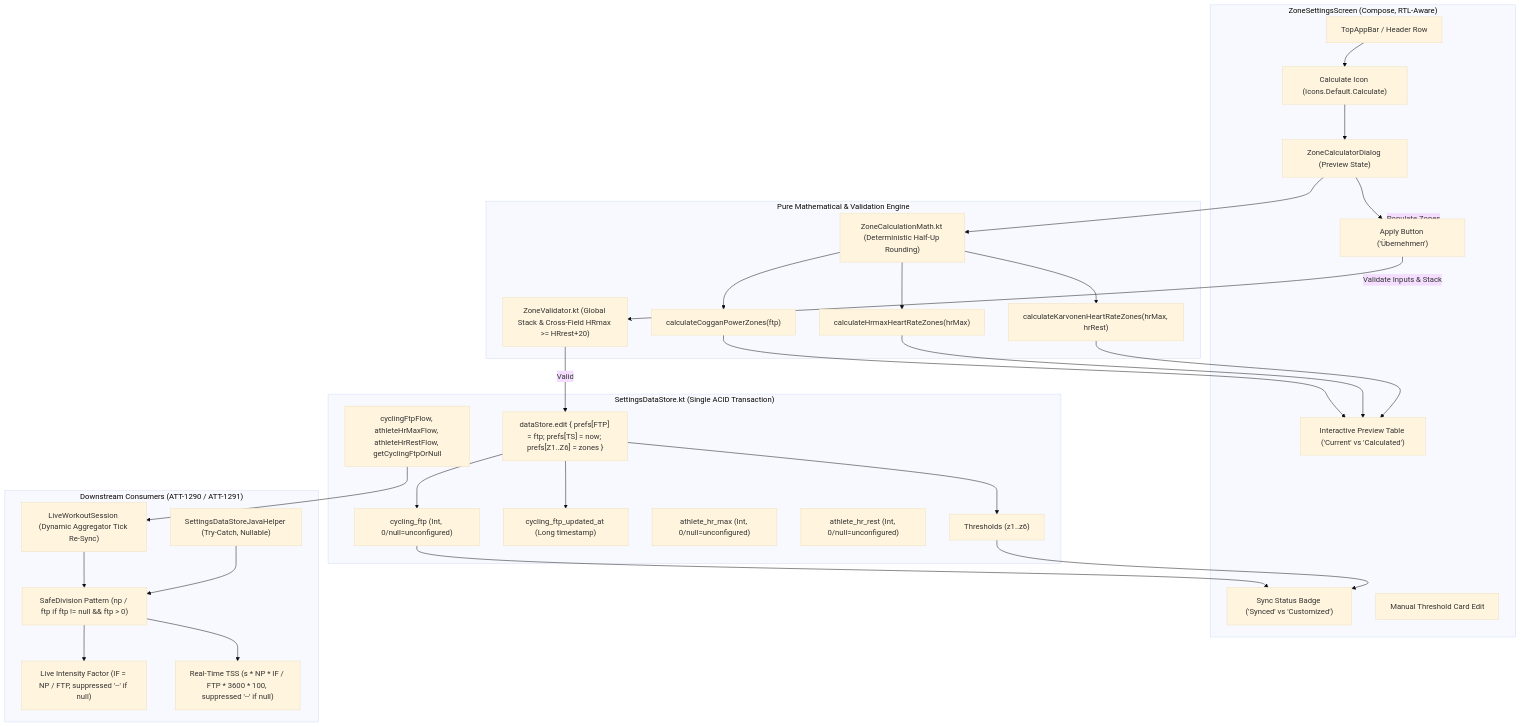
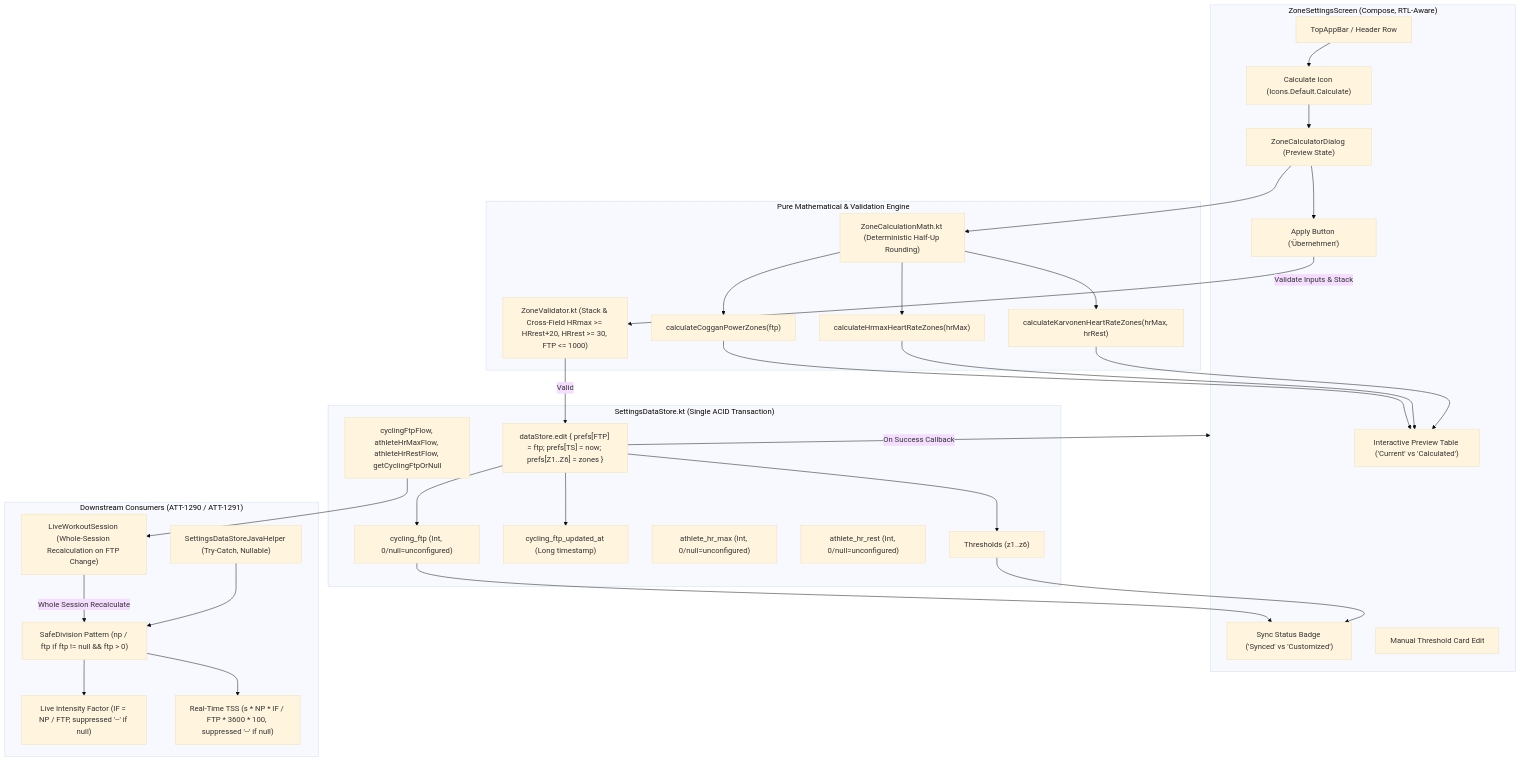
One commit to rainerblind/aTrainingTracker changed the diagram in docs/engineering/analysis/ATT-3188_analysis.md. Above: the diagram before and after it, drawn with Mermaid (base theme). The commit also changed other lines of this file, not shown here.

Commit message:
docs(analysis): detail whole-session recalculation, hard floors/ceilings, full-profile overwrite preview, and callback UI updates (ATT-3188)

````diff
--- a/docs/engineering/analysis/ATT-3188_analysis.md
+++ b/docs/engineering/analysis/ATT-3188_analysis.md
@@ -265,60 +272,60 @@
 ```mermaid
 flowchart TD
     subgraph UI ["ZoneSettingsScreen (Compose, RTL-Aware)"]
         TopBar["TopAppBar / Header Row"]
         CalcBtn["Calculate Icon (Icons.Default.Calculate)"]
         SyncBadge["Sync Status Badge ('Synced' vs 'Customized')"]
         Dialog["ZoneCalculatorDialog (Preview State)"]
         Preview["Interactive Preview Table ('Current' vs 'Calculated')"]
         ApplyBtn["Apply Button ('Übernehmen')"]
         ManualEdit["Manual Threshold Card Edit"]
     end
 
     subgraph Domain ["Pure Mathematical & Validation Engine"]
-        Validator["ZoneValidator.kt (Global Stack & Cross-Field HRmax >= HRrest+20)"]
+        Validator["ZoneValidator.kt (Stack & Cross-Field HRmax >= HRrest+20, HRrest >= 30, FTP <= 1000)"]
         Math["ZoneCalculationMath.kt (Deterministic Half-Up Rounding)"]
         Coggan["calculateCogganPowerZones(ftp)"]
         Hrmax["calculateHrmaxHeartRateZones(hrMax)"]
         Karvonen["calculateKarvonenHeartRateZones(hrMax, hrRest)"]
     end
 
     subgraph DataStore ["SettingsDataStore.kt (Single ACID Transaction)"]
         AtomicCommit["dataStore.edit { prefs[FTP] = ftp; prefs[TS] = now; prefs[Z1..Z6] = zones }"]
         PrefFTP["cycling_ftp (Int, 0/null=unconfigured)"]
         PrefTS["cycling_ftp_updated_at (Long timestamp)"]
         PrefHRMax["athlete_hr_max (Int, 0/null=unconfigured)"]
         PrefHRRest["athlete_hr_rest (Int, 0/null=unconfigured)"]
         PrefZones["Thresholds (z1..z6)"]
         Flows["cyclingFtpFlow, athleteHrMaxFlow, athleteHrRestFlow, getCyclingFtpOrNull"]
     end
 
     subgraph Downstream ["Downstream Consumers (ATT-1290 / ATT-1291)"]
         JavaHelper["SettingsDataStoreJavaHelper (Try-Catch, Nullable)"]
         SafeDiv["SafeDivision Pattern (np / ftp if ftp != null && ftp > 0)"]
-        LiveSession["LiveWorkoutSession (Dynamic Aggregator Tick Re-Sync)"]
+        LiveSession["LiveWorkoutSession (Whole-Session Recalculation on FTP Change)"]
         IF["Live Intensity Factor (IF = NP / FTP, suppressed '--' if null)"]
         TSS["Real-Time TSS (s * NP * IF / FTP * 3600 * 100, suppressed '--' if null)"]
     end
 
     TopBar --> CalcBtn
     CalcBtn --> Dialog
     Dialog --> Math
     Math --> Coggan
     Math --> Hrmax
     Math --> Karvonen
     Coggan --> Preview
     Hrmax --> Preview
     Karvonen --> Preview
     Dialog --> ApplyBtn
     ApplyBtn -->|Validate Inputs & Stack| Validator
     Validator -->|Valid| AtomicCommit
     AtomicCommit --> PrefFTP
     AtomicCommit --> PrefTS
     AtomicCommit --> PrefZones
-    ApplyBtn -->|Populate Zones| UI
+    AtomicCommit -->|On Success Callback| UI
     PrefFTP & PrefZones --> SyncBadge
     Flows --> LiveSession
-    LiveSession --> SafeDiv
+    LiveSession -->|Whole Session Recalculate| SafeDiv
     JavaHelper --> SafeDiv
     SafeDiv --> IF & TSS
 ```
````
